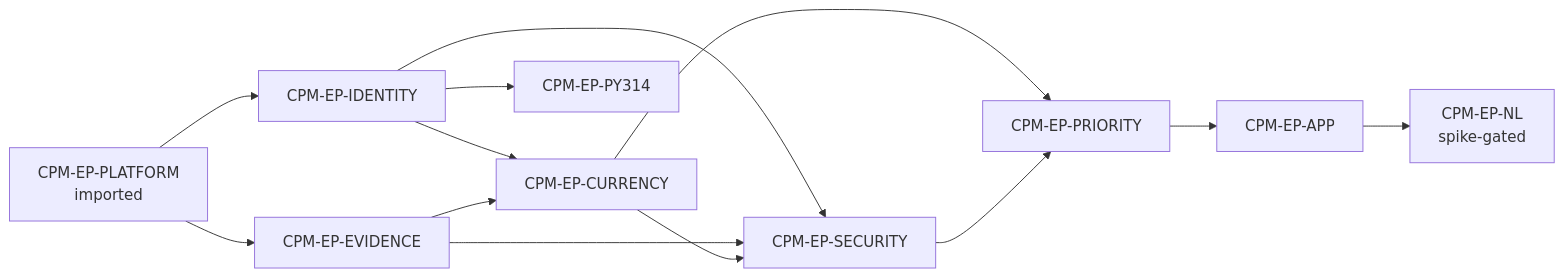
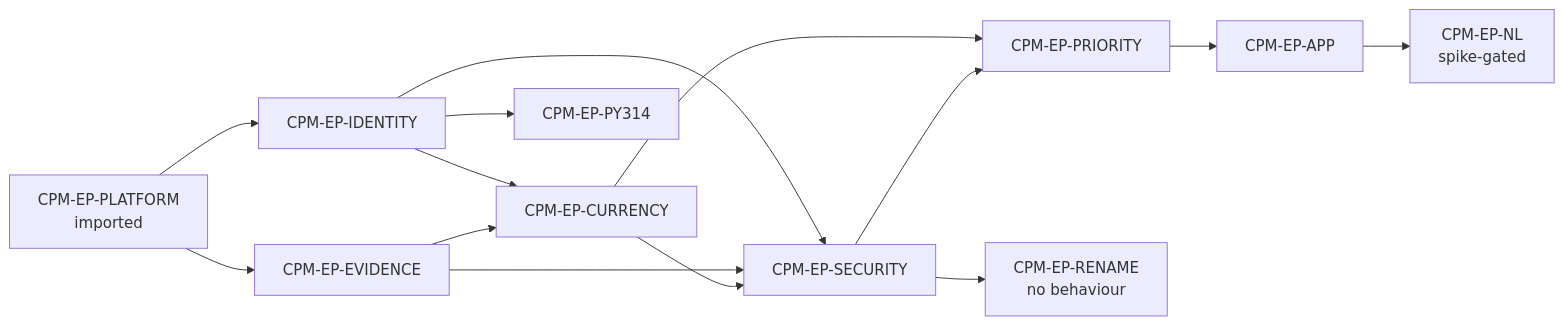
The sixth of 6 diagrams in _bmad-output/planning-artifacts/architecture/architecture-conda-package-supply-chain-monitor-2026-09-02/solution-design.md (millsks/conda-package-supply-chain-monitor), drawn with Mermaid before and after one commit. The commit also changed other lines of this file and 7 other files, not shown here.

First line of the commit message:
docs(epics): add CPM-EP-RENAME for the Conda-Sentinel rename (#55)

````diff
--- a/_bmad-output/planning-artifacts/architecture/architecture-conda-package-supply-chain-monitor-2026-09-02/solution-design.md
+++ b/_bmad-output/planning-artifacts/architecture/architecture-conda-package-supply-chain-monitor-2026-09-02/solution-design.md
@@ -396,15 +396,16 @@
 ```mermaid
 graph LR
   PLAT[CPM-EP-PLATFORM<br/>imported] --> EV[CPM-EP-EVIDENCE]
   PLAT --> ID[CPM-EP-IDENTITY]
   ID --> CUR[CPM-EP-CURRENCY]
   ID --> SEC[CPM-EP-SECURITY]
   ID --> PY[CPM-EP-PY314]
   EV --> CUR
   EV --> SEC
   CUR --> SEC
   CUR --> PRI[CPM-EP-PRIORITY]
+  SEC --> REN[CPM-EP-RENAME<br/>no behaviour]
   SEC --> PRI
   PRI --> APP[CPM-EP-APP]
   APP --> NL[CPM-EP-NL<br/>spike-gated]
 ```
````
